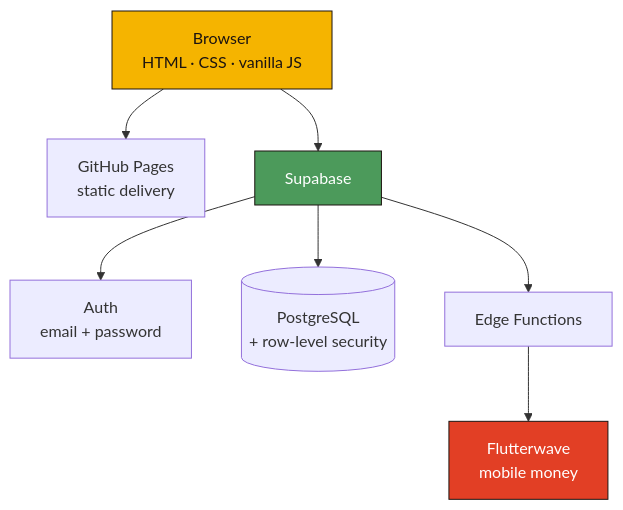
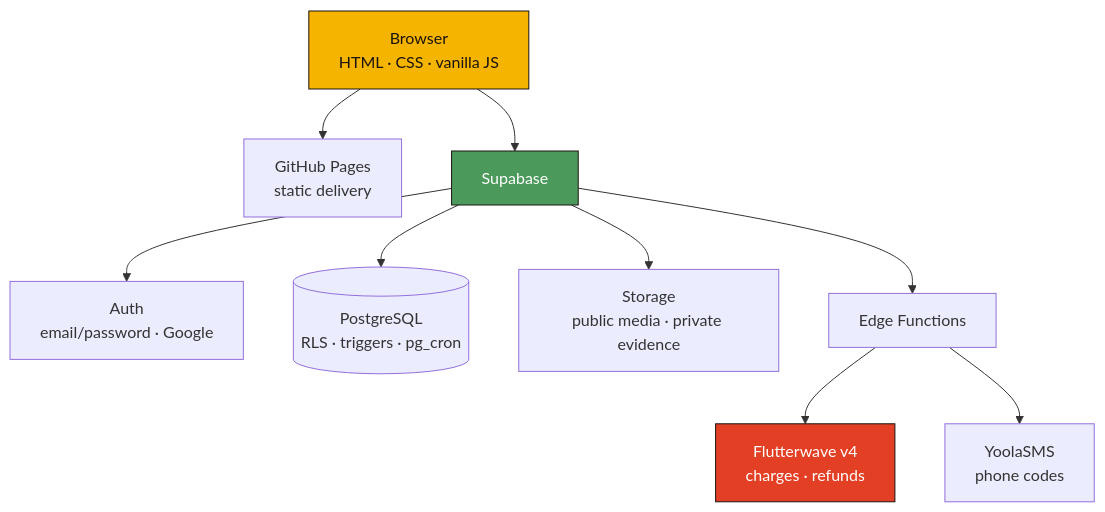
One commit to SpeakPower-commits/tonninyira changed the fourth of 4 diagrams in README.md. Above: the diagram before and after it, drawn with Mermaid. The commit also changed other lines of this file, not shown here.

````diff
--- a/README.md
+++ b/README.md
@@ -92,12 +142,14 @@
 ```mermaid
 flowchart TB
   B["Browser<br/>HTML · CSS · vanilla JS"] --> P["GitHub Pages<br/>static delivery"]
   B --> S["Supabase"]
-  S --> AU["Auth<br/>email + password"]
-  S --> DB[("PostgreSQL<br/>+ row-level security")]
+  S --> AU["Auth<br/>email/password · Google"]
+  S --> DB[("PostgreSQL<br/>RLS · triggers · pg_cron")]
+  S --> ST["Storage<br/>public media · private evidence"]
   S --> EF["Edge Functions"]
-  EF --> FW["Flutterwave<br/>mobile money"]
+  EF --> FW["Flutterwave v4<br/>charges · refunds"]
+  EF --> SMS["YoolaSMS<br/>phone codes"]
   style B fill:#F5B400,stroke:#1C1410,color:#1C1410
   style S fill:#4C9A5B,stroke:#1C1410,color:#ffffff
   style FW fill:#E23F25,stroke:#1C1410,color:#ffffff
 ```
````
